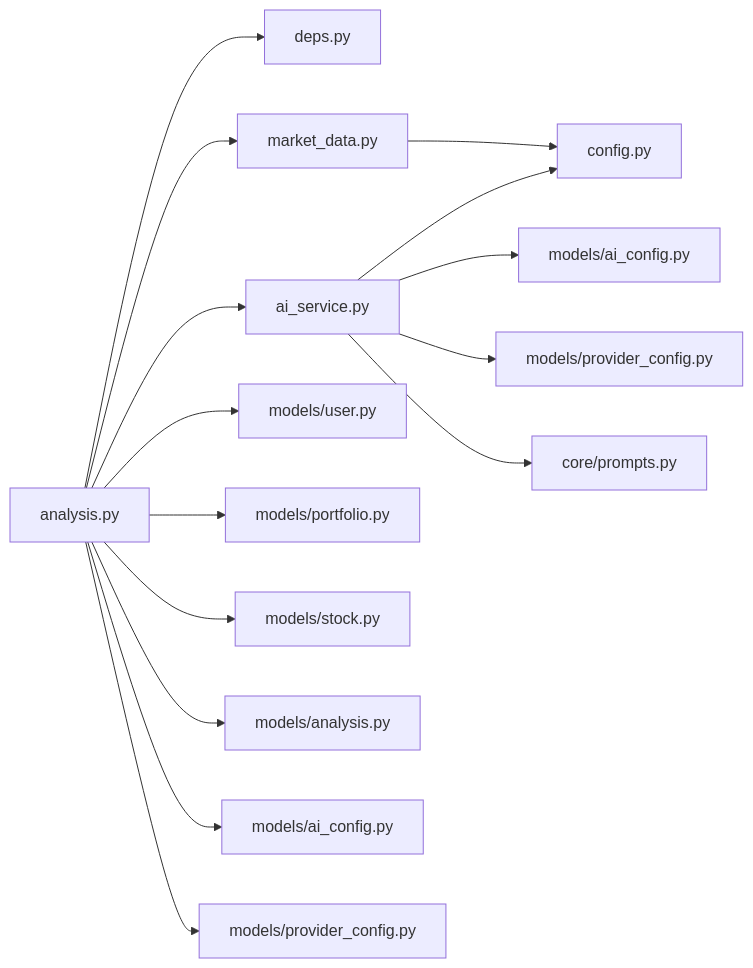
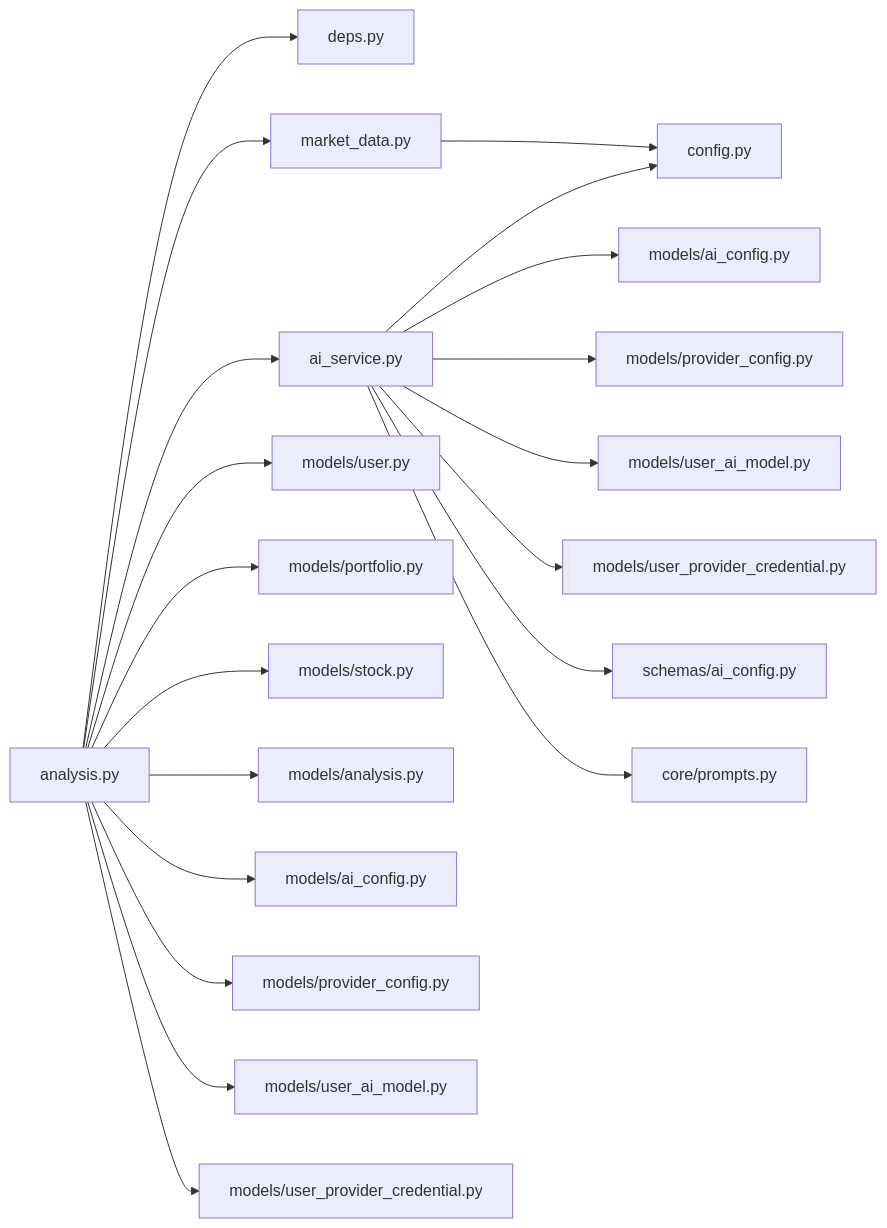
One commit to breeze-lyf/ai-stock-advisor changed the seventh of 7 diagrams in .qoder/repowiki/zh/content/AI智能分析服务/AI智能分析服务.md. Above: the diagram before and after it, drawn with Mermaid. The commit also changed other lines of this file and 30 other files, not shown here.

````diff
--- a/.qoder/repowiki/zh/content/AI智能分析服务/AI智能分析服务.md
+++ b/.qoder/repowiki/zh/content/AI智能分析服务/AI智能分析服务.md
@@ -619,17 +728,22 @@
 ```mermaid
 graph LR
 Analysis["analysis.py"] --> Deps["deps.py"]
 Analysis --> Market["market_data.py"]
 Analysis --> AI["ai_service.py"]
 Analysis --> ModelsU["models/user.py"]
 Analysis --> ModelsP["models/portfolio.py"]
 Analysis --> ModelsS["models/stock.py"]
 Analysis --> ModelsR["models/analysis.py"]
 Analysis --> ModelsAI["models/ai_config.py"]
 Analysis --> ModelsProv["models/provider_config.py"]
+Analysis --> ModelsUserAI["models/user_ai_model.py"]
+Analysis --> ModelsUserCred["models/user_provider_credential.py"]
 AI --> Config["config.py"]
 AI --> AIConfig["models/ai_config.py"]
 AI --> ProvConfig["models/provider_config.py"]
+AI --> UserAI["models/user_ai_model.py"]
+AI --> UserCred["models/user_provider_credential.py"]
+AI --> Schemas["schemas/ai_config.py"]
 AI --> Prompts["core/prompts.py"]
 Market --> Config
 ```
````
